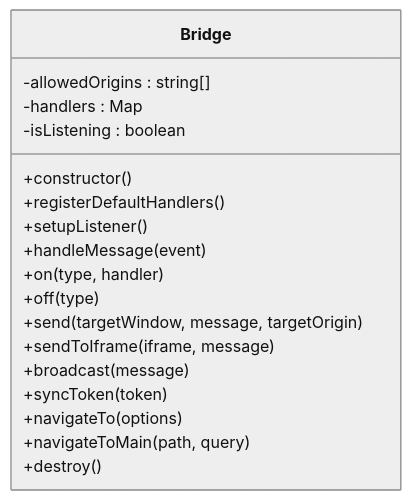
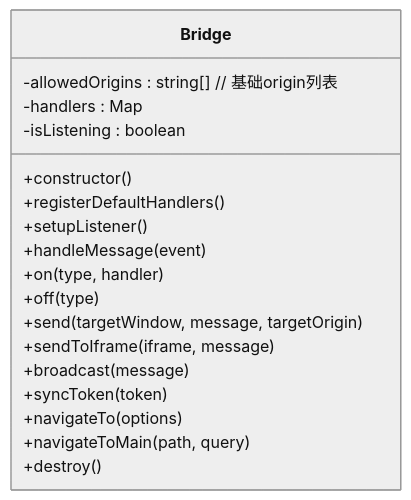
Before and after one commit to my-Sitara/artisan-base-frontend: the third of 5 diagrams in .qoder/repowiki/zh/content/核心组件/跨应用通信系统.md, drawn with Mermaid (neutral theme). The commit also changed other lines of this file and 35 other files, not shown here.

````diff
--- a/.qoder/repowiki/zh/content/核心组件/跨应用通信系统.md
+++ b/.qoder/repowiki/zh/content/核心组件/跨应用通信系统.md
@@ -108,21 +128,21 @@
 ```mermaid
 classDiagram
 class Bridge {
--allowedOrigins : string[]
+-allowedOrigins : string[] // 基础origin列表
 -handlers : Map
 -isListening : boolean
 +constructor()
 +registerDefaultHandlers()
 +setupListener()
 +handleMessage(event)
 +on(type, handler)
 +off(type)
 +send(targetWindow, message, targetOrigin)
 +sendToIframe(iframe, message)
 +broadcast(message)
 +syncToken(token)
 +navigateTo(options)
 +navigateToMain(path, query)
 +destroy()
 }
 ```
````
